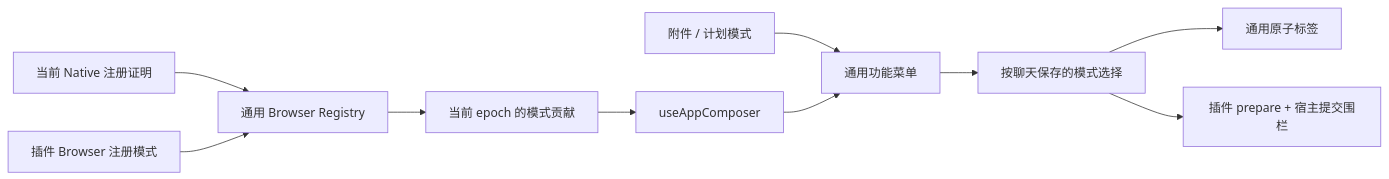
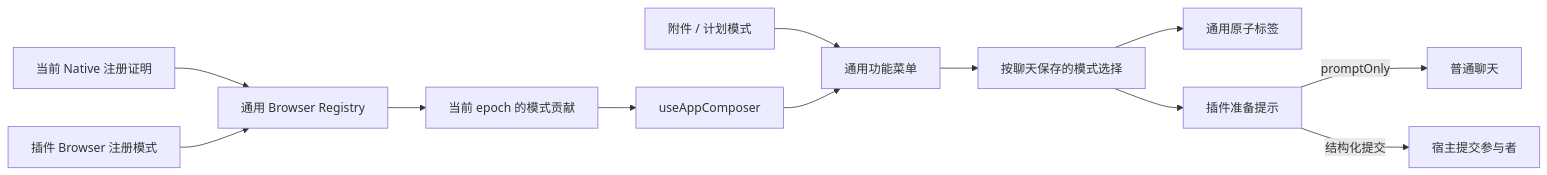
The diagram in docs/features/chat/composer-feature-menu.md (liangxhao/JustDo), drawn with Mermaid before and after one commit. The commit also changed other lines of this file and 43 other files, not shown here.

````diff
--- a/docs/features/chat/composer-feature-menu.md
+++ b/docs/features/chat/composer-feature-menu.md
@@ -7,12 +7,14 @@
 ```mermaid
 flowchart LR
   Native[当前 Native 注册证明] --> Host[通用 Browser Registry]
   Package[插件 Browser 注册模式] --> Host
   Host --> Modes[当前 epoch 的模式贡献]
   Modes --> Composer[useAppComposer]
   Builtin[附件 / 计划模式] --> Menu[通用功能菜单]
   Composer --> Menu
   Menu --> Selection[按聊天保存的模式选择]
   Selection --> Token[通用原子标签]
-  Selection --> Prepare[插件 prepare + 宿主提交围栏]
+  Selection --> Prepare[插件准备提示]
+  Prepare -->|promptOnly| Chat[普通聊天]
+  Prepare -->|结构化提交| Participant[宿主提交参与者]
 ```
````
